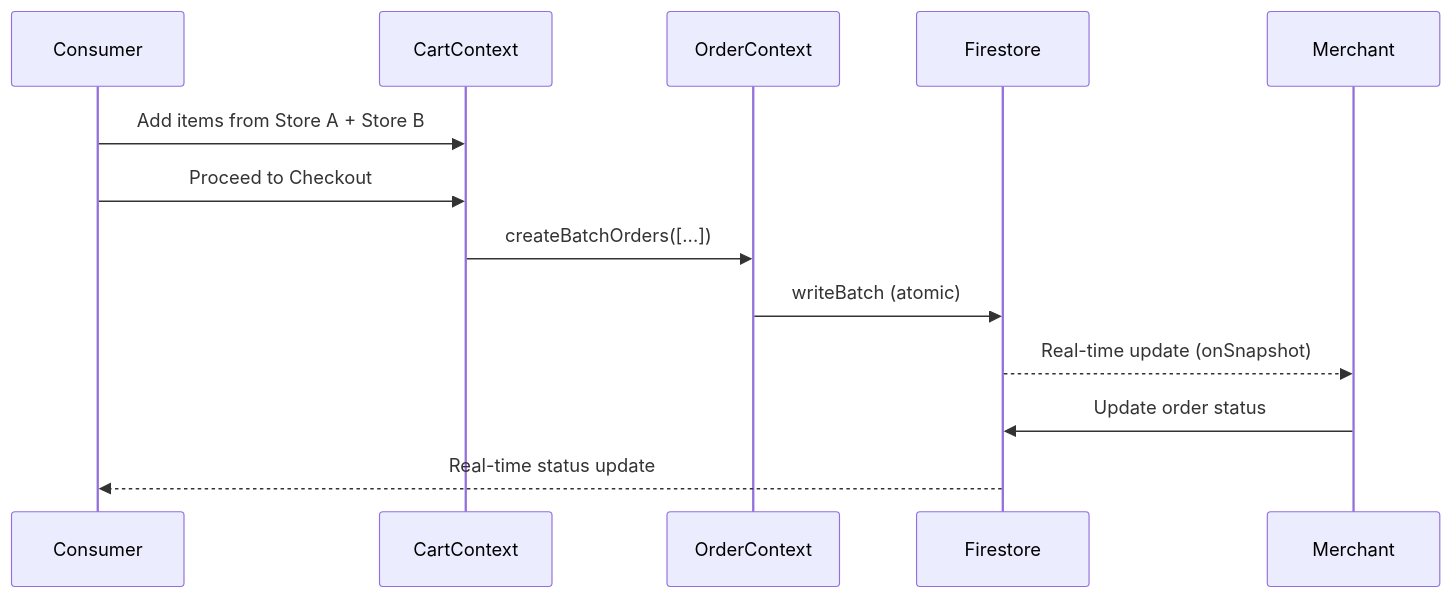
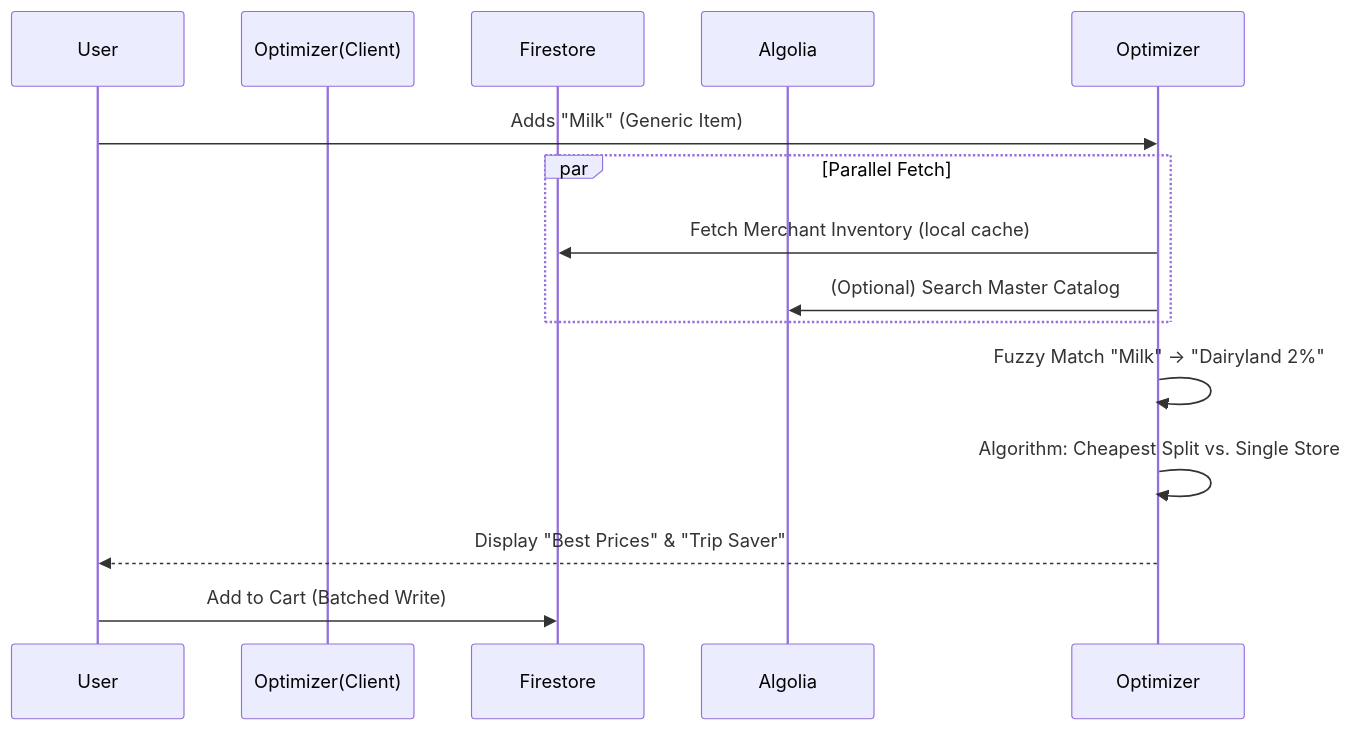
One commit to spendigo-admin/spendigo-v1-relational_db changed the second of 3 diagrams in docs/ARCHITECTURE.md. Above: the diagram before and after it, drawn with Mermaid. The commit also changed other lines of this file and 28 other files, not shown here.

````diff
--- a/docs/ARCHITECTURE.md
+++ b/docs/ARCHITECTURE.md
@@ -103,16 +109,20 @@
 ```mermaid
 sequenceDiagram
-    participant Consumer
-    participant CartContext
-    participant OrderContext
+    participant User
+    participant Optimizer(Client)
     participant Firestore
-    participant Merchant
+    participant Algolia
 
-    Consumer->>CartContext: Add items from Store A + Store B
-    Consumer->>CartContext: Proceed to Checkout
-    CartContext->>OrderContext: createBatchOrders([...])
-    OrderContext->>Firestore: writeBatch (atomic)
-    Firestore-->>Merchant: Real-time update (onSnapshot)
-    Merchant->>Firestore: Update order status
-    Firestore-->>Consumer: Real-time status update
+    User->>Optimizer: Adds "Milk" (Generic Item)
+    
+    par Parallel Fetch
+        Optimizer->>Firestore: Fetch Merchant Inventory (local cache)
+        Optimizer->>Algolia: (Optional) Search Master Catalog
+    end
+    
+    Optimizer->>Optimizer: Fuzzy Match "Milk" -> "Dairyland 2%"
+    Optimizer->>Optimizer: Algorithm: Cheapest Split vs. Single Store
+    
+    Optimizer-->>User: Display "Best Prices" & "Trip Saver"
+    User->>Firestore: Add to Cart (Batched Write)
 ```
````
